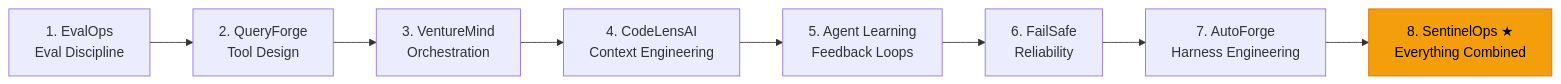
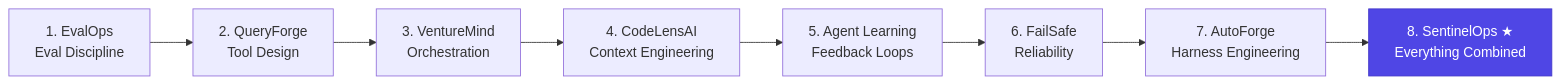
One commit to simranjeet97/AndrejKarpathy_2026_FocusProjects changed the second of 2 diagrams in README.md. Above: the diagram before and after it, drawn with Mermaid. The commit also changed other lines of this file, not shown here.

````diff
--- a/README.md
+++ b/README.md
@@ -413,12 +411,12 @@
 ```mermaid
 graph LR
     A["1. EvalOps<br/>Eval Discipline"] --> B["2. QueryForge<br/>Tool Design"]
     B --> C["3. VentureMind<br/>Orchestration"]
     C --> D["4. CodeLensAI<br/>Context Engineering"]
     D --> E["5. Agent Learning<br/>Feedback Loops"]
     E --> F["6. FailSafe<br/>Reliability"]
     F --> G["7. AutoForge<br/>Harness Engineering"]
     G --> H["8. SentinelOps ★<br/>Everything Combined"]
 
-    style H fill:#f59e0b,stroke:#d97706,color:#000
+    style H fill:#4f46e5,stroke:#4338ca,color:#fff
 ```
````
